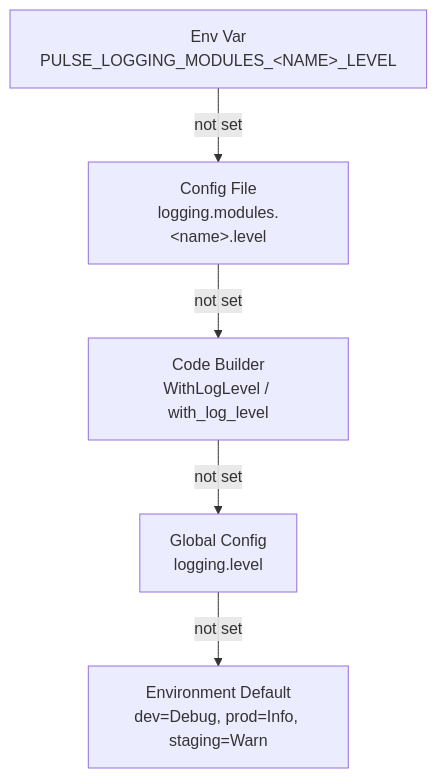
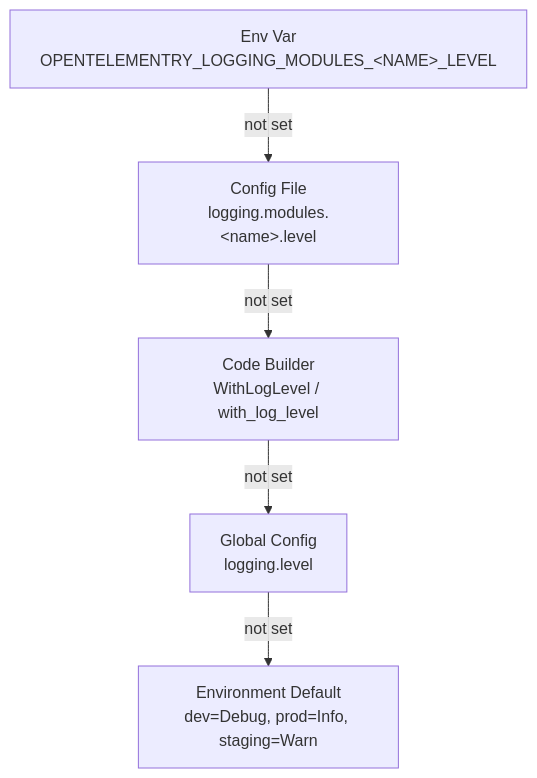
The third of 3 diagrams in docs/configuration.md (the-protobuf-project/opentelementry), drawn with Mermaid before and after one commit. The commit also changed other lines of this file and 426 other files, not shown here.

````diff
--- a/docs/configuration.md
+++ b/docs/configuration.md
@@ -315,7 +315,7 @@
 ```mermaid
 flowchart TD
-    A[Env Var<br/>PULSE_LOGGING_MODULES_&lt;NAME&gt;_LEVEL] -->|not set| B[Config File<br/>logging.modules.&lt;name&gt;.level]
+    A[Env Var<br/>OPENTELEMENTRY_LOGGING_MODULES_&lt;NAME&gt;_LEVEL] -->|not set| B[Config File<br/>logging.modules.&lt;name&gt;.level]
     B -->|not set| C[Code Builder<br/>WithLogLevel / with_log_level]
     C -->|not set| D[Global Config<br/>logging.level]
     D -->|not set| E[Environment Default<br/>dev=Debug, prod=Info, staging=Warn]
 ```
````
